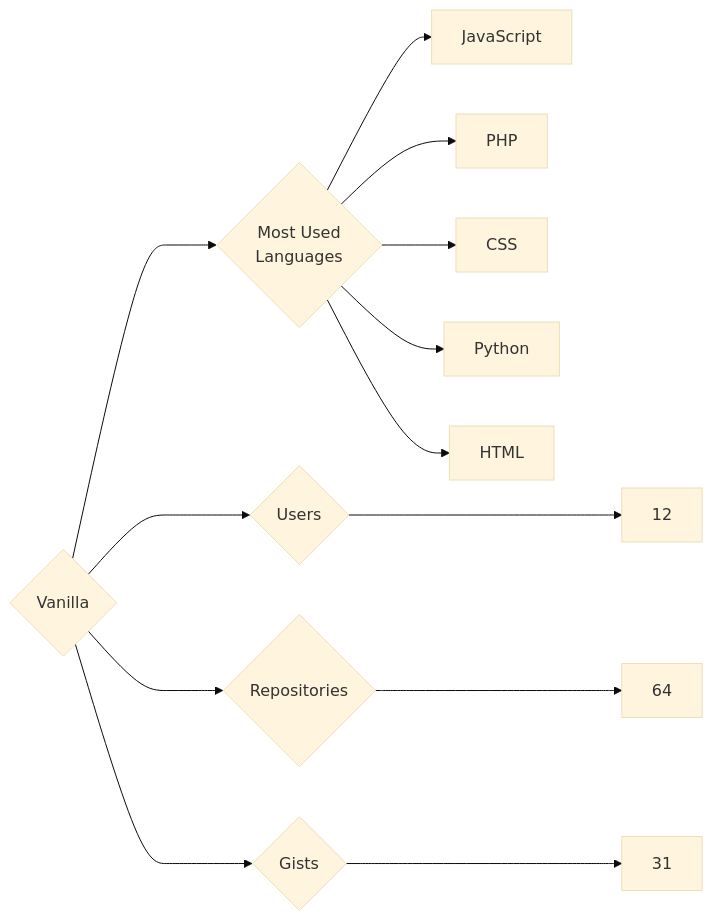
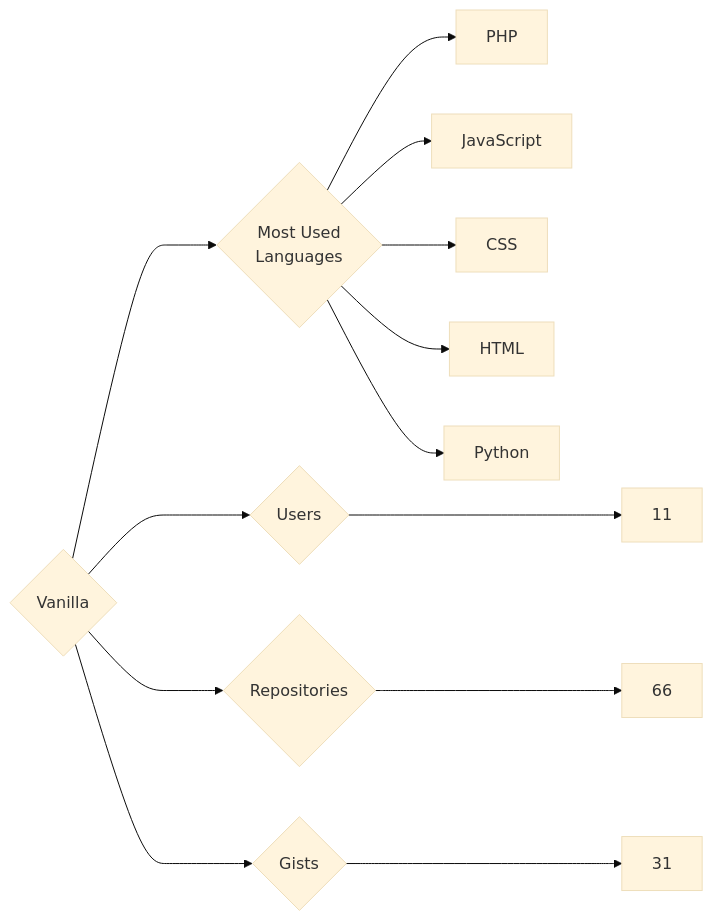
Before and after one commit to trickest/insiders: the diagram in targets/Vanilla/README.md, drawn with Mermaid (base theme). The commit also changed 787 other files, not shown here.

````diff
--- a/targets/Vanilla/README.md
+++ b/targets/Vanilla/README.md
@@ -3,13 +3,13 @@
 ```mermaid
 graph LR
 COMPANY_NAME{Vanilla}
-COMPANY_NAME ---> U{Users} ---> UN[12]
-COMPANY_NAME ---> R{Repositories} ---> RN[64]
+COMPANY_NAME ---> U{Users} ---> UN[11]
+COMPANY_NAME ---> R{Repositories} ---> RN[66]
 COMPANY_NAME ---> G{Gists} ---> GN[31]
 COMPANY_NAME ---> ML{Most Used<br>Languages}
+ML --> PHP[PHP]
 ML --> JavaScript[JavaScript]
-ML --> PHP[PHP]
 ML --> CSS[CSS]
+ML --> HTML[HTML]
 ML --> Python[Python]
-ML --> HTML[HTML]
 ```
````
